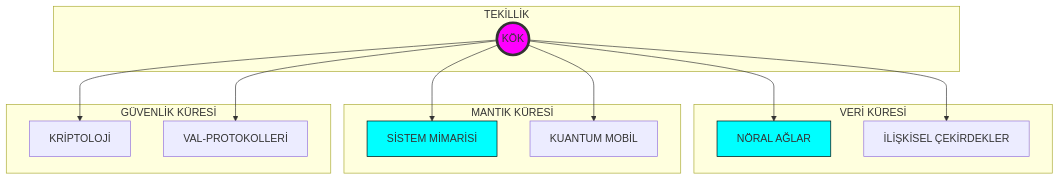
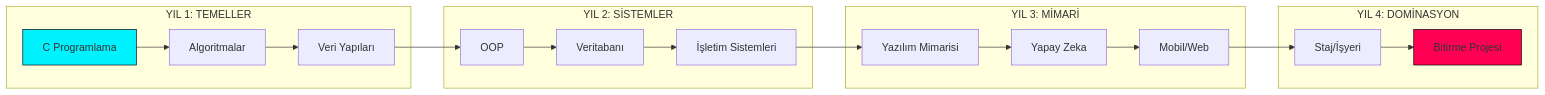
One commit to bahattinyunus/Karadeniz-Teknik-Universitesi-Yazilim-Muhendisligi-Ders-Notlari changed the diagram in README.md. Above: the diagram before and after it, drawn with Mermaid. The commit also changed other lines of this file and 18 other files, not shown here.

````diff
--- a/README.md
+++ b/README.md
@@ -56,25 +113,27 @@
 ```mermaid
-graph TD
-    subgraph "TEKİLLİK"
-    ROOT((KÖK))
+graph LR
+    subgraph "YIL 1: TEMELLER"
+    A1[C Programlama] --> A2[Algoritmalar]
+    A2 --> A3[Veri Yapıları]
     end
-    
-    subgraph "VERİ KÜRESİ"
-    ROOT --> AI[NÖRAL AĞLAR]
-    ROOT --> DB[İLİŞKİSEL ÇEKİRDEKLER]
+
+    subgraph "YIL 2: SİSTEMLER"
+    A3 --> B1[OOP]
+    B1 --> B2[Veritabanı]
+    B2 --> B3[İşletim Sistemleri]
     end
-    
-    subgraph "MANTIK KÜRESİ"
-    ROOT --> ARC[SİSTEM MİMARİSİ]
-    ROOT --> MOB[KUANTUM MOBİL]
+
+    subgraph "YIL 3: MİMARİ"
+    B3 --> C1[Yazılım Mimarisi]
+    C1 --> C2[Yapay Zeka]
+    C2 --> C3[Mobil/Web]
     end
-    
-    subgraph "GÜVENLİK KÜRESİ"
-    ROOT --> CRY[KRİPTOLOJİ]
-    ROOT --> TEST[VAL-PROTOKOLLERİ]
+
+    subgraph "YIL 4: DOMİNASYON"
+    C3 --> D1[Staj/İşyeri]
+    D1 --> D2[Bitirme Projesi]
     end
-    
-    style ROOT fill:#f0f,stroke:#333,stroke-width:4px
-    style AI fill:#0ff,stroke:#000
-    style ARC fill:#0ff,stroke:#000
+
+    style A1 fill:#00f2ff,stroke:#000
+    style D2 fill:#ff0055,stroke:#000
 ```
````
